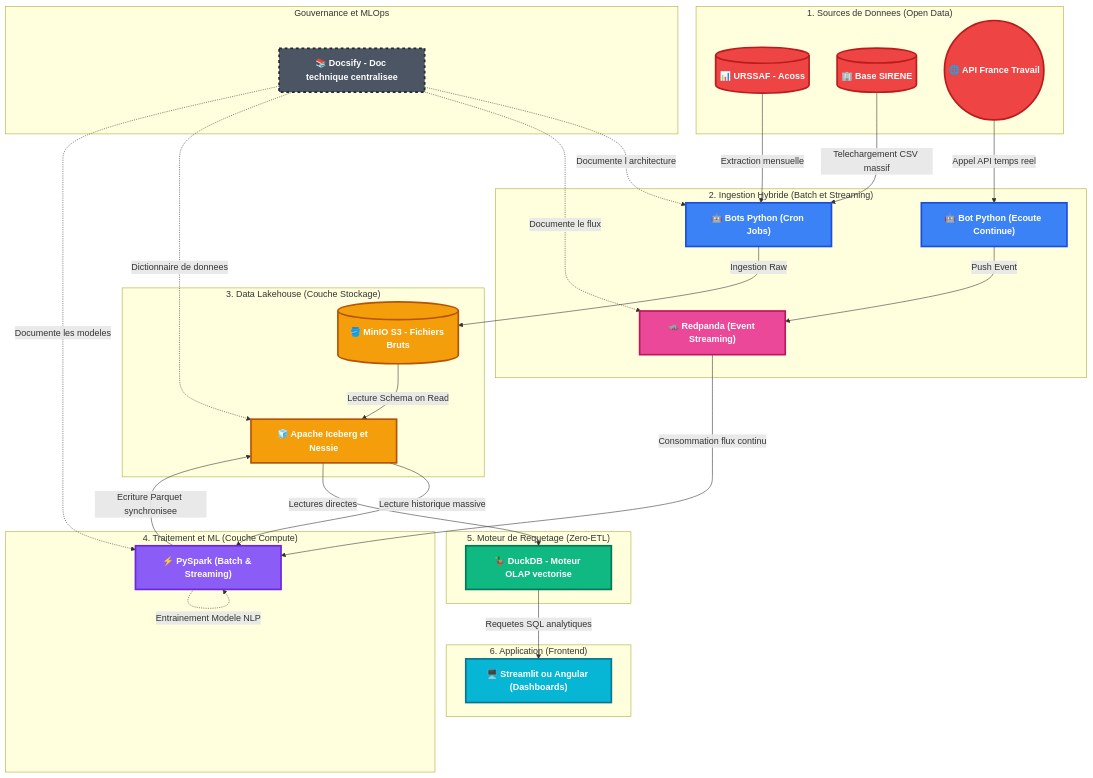
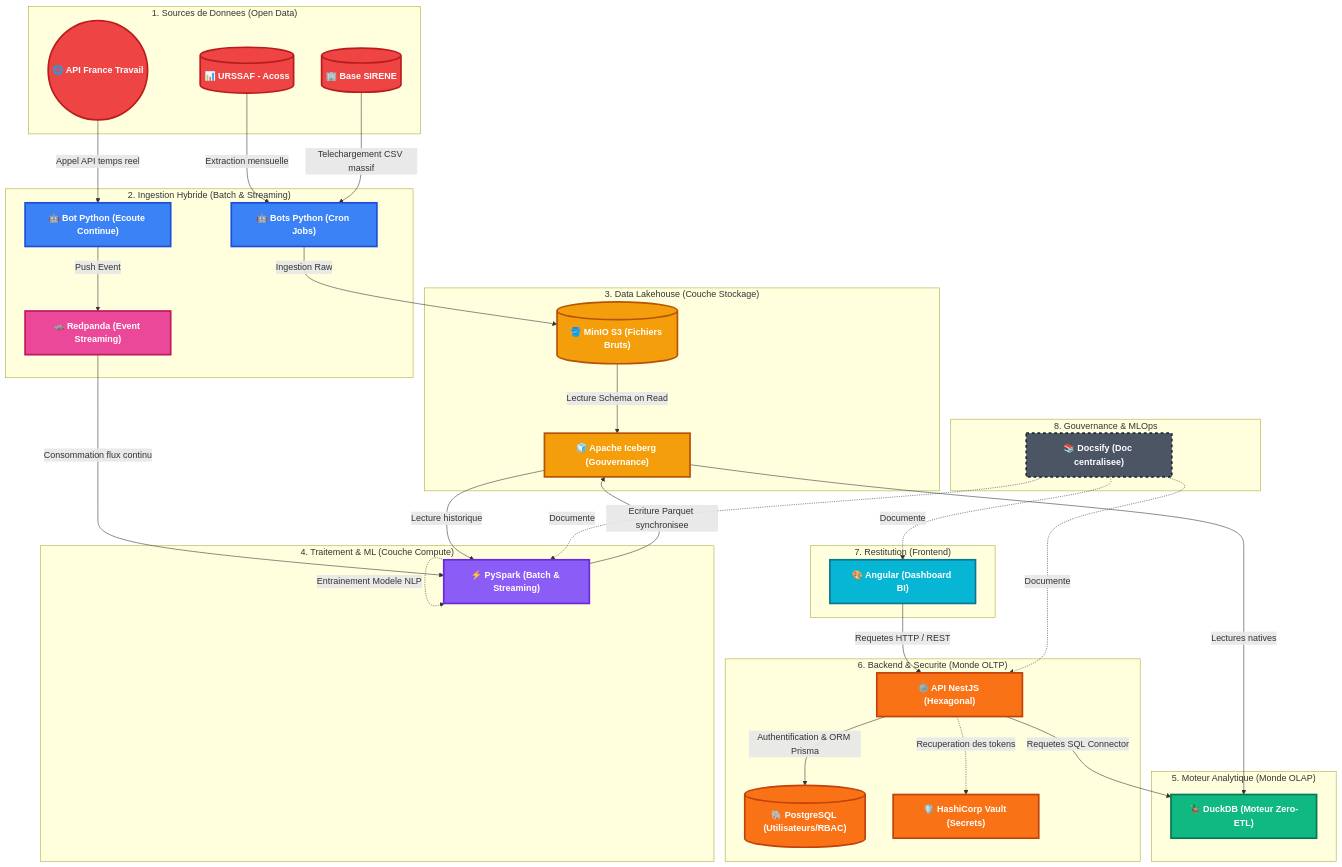
The diagram in docs/architecture/01.vue_ensemble.md (Anon31/data-skills-radar-docs), drawn with Mermaid before and after one commit.

Commit message:
style(darkmode): ajout du dark mode et de la vue d'ensemble du projet

````diff
--- a/docs/architecture/01.vue_ensemble.md
+++ b/docs/architecture/01.vue_ensemble.md
@@ -35,71 +35,81 @@
 ```mermaid
 graph TD
-    %% NOUVELLES COULEURS VIBRANTES (Contraste eleve, texte blanc)
+%% NOUVELLES COULEURS VIBRANTES
     classDef source fill:#ef4444,stroke:#b91c1c,stroke-width:3px,color:#ffffff,font-weight:bold;
     classDef ingest fill:#3b82f6,stroke:#1d4ed8,stroke-width:3px,color:#ffffff,font-weight:bold;
     classDef stream fill:#ec4899,stroke:#be185d,stroke-width:3px,color:#ffffff,font-weight:bold;
     classDef storage fill:#f59e0b,stroke:#b45309,stroke-width:3px,color:#ffffff,font-weight:bold;
     classDef compute fill:#8b5cf6,stroke:#6d28d9,stroke-width:3px,color:#ffffff,font-weight:bold;
     classDef serving fill:#10b981,stroke:#047857,stroke-width:3px,color:#ffffff,font-weight:bold;
+    classDef api fill:#f97316,stroke:#c2410c,stroke-width:3px,color:#ffffff,font-weight:bold;
     classDef front fill:#06b6d4,stroke:#0e7490,stroke-width:3px,color:#ffffff,font-weight:bold;
     classDef doc fill:#4b5563,stroke:#1f2937,stroke-width:3px,stroke-dasharray: 5 5,color:#ffffff,font-weight:bold;
 
     subgraph "1. Sources de Donnees (Open Data)"
         S1[("📊 URSSAF - Acoss")]:::source
         S3[("🏢 Base SIRENE")]:::source
         S2(("🌐 API France Travail")):::source
     end
 
-    subgraph "2. Ingestion Hybride (Batch et Streaming)"
+    subgraph "2. Ingestion Hybride (Batch & Streaming)"
         Bot["🤖 Bots Python (Cron Jobs)"]:::ingest
         StreamBot["🤖 Bot Python (Ecoute Continue)"]:::ingest
         Redpanda["🦝 Redpanda (Event Streaming)"]:::stream
     end
 
     subgraph "3. Data Lakehouse (Couche Stockage)"
-        MinIO[("🪣 MinIO S3 - Fichiers Bruts")]:::storage
-        Iceberg["🧊 Apache Iceberg et Nessie"]:::storage
+        MinIO[("🪣 MinIO S3 (Fichiers Bruts)")]:::storage
+        Iceberg["🧊 Apache Iceberg (Gouvernance)"]:::storage
     end
 
-    subgraph "4. Traitement et ML (Couche Compute)"
+    subgraph "4. Traitement & ML (Couche Compute)"
         Spark["⚡ PySpark (Batch & Streaming)"]:::compute
     end
 
-    subgraph "5. Moteur de Requetage (Zero-ETL)"
-        Duck["🦆 DuckDB - Moteur OLAP vectorise"]:::serving
+    subgraph "5. Moteur Analytique (Monde OLAP)"
+        Duck["🦆 DuckDB (Moteur Zero-ETL)"]:::serving
     end
 
-    subgraph "6. Application (Frontend)"
-        UI["🖥️ Streamlit ou Angular (Dashboards)"]:::front
+    subgraph "6. Backend & Securite (Monde OLTP)"
+        API["⚙️ API NestJS (Hexagonal)"]:::api
+        PG[("🐘 PostgreSQL (Utilisateurs/RBAC)")]:::api
+        Vault["🛡️ HashiCorp Vault (Secrets)"]:::api
     end
 
-    subgraph "Gouvernance et MLOps"
-        Doc["📚 Docsify - Doc technique centralisee"]:::doc
+    subgraph "7. Restitution (Frontend)"
+        UI["🎨 Angular (Dashboard BI)"]:::front
     end
 
-    %% Flux Batch (Voie Froide)
+    subgraph "8. Gouvernance & MLOps"
+        Doc["📚 Docsify (Doc centralisee)"]:::doc
+    end
+
+%% Flux Ingestion
     S1 -->|Extraction mensuelle| Bot
     S3 -->|Telechargement CSV massif| Bot
     Bot -->|Ingestion Raw| MinIO
-    
-    %% Flux Streaming (Voie Chaude)
+
     S2 -->|Appel API temps reel| StreamBot
     StreamBot -->|Push Event| Redpanda
     Redpanda -->|Consommation flux continu| Spark
 
-    %% Architecture Lakehouse unifiee
+%% Lakehouse
     MinIO -->|Lecture Schema on Read| Iceberg
-    Iceberg -->|Lecture historique massive| Spark
+    Iceberg -->|Lecture historique| Spark
     Spark -->|Ecriture Parquet synchronisee| Iceberg
     Spark -.->|Entrainement Modele NLP| Spark
-    
-    %% Restitution
-    Iceberg -->|Lectures directes| Duck
-    Duck -->|Requetes SQL analytiques| UI
 
-    %% Relations de documentation
-    Doc -.->|Documente l architecture| Bot
-    Doc -.->|Documente le flux| Redpanda
-    Doc -.->|Dictionnaire de donnees| Iceberg
-    Doc -.->|Documente les modeles| Spark
+%% API comme Chef d'Orchestre
+    UI -->|Requetes HTTP / REST| API
+    API -->|Authentification & ORM Prisma| PG
+    API -.->|Recuperation des tokens| Vault
+    API -->|Requetes SQL Connector| Duck
+
+%% Moteur Analytique
+    Iceberg -->|Lectures natives| Duck
+
+%% Documentation
+    Doc -.->|Documente| API
+    Doc -.->|Documente| UI
+    Doc -.->|Documente| Spark
 ```
````
